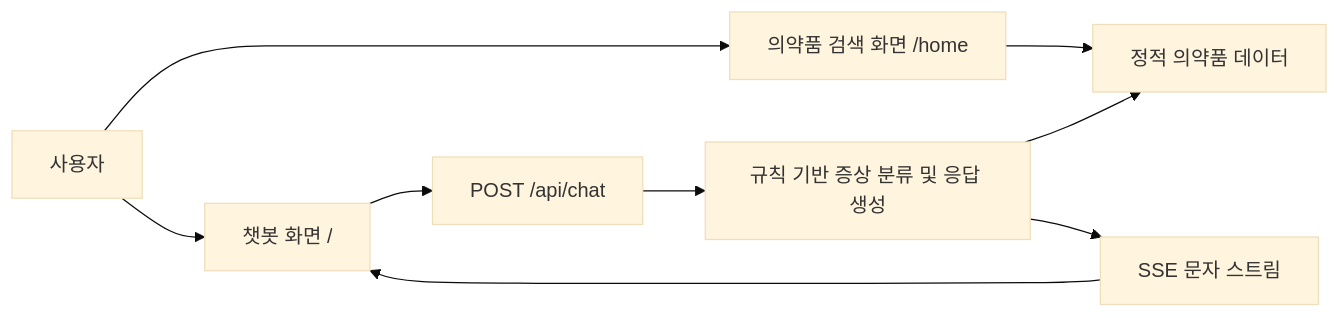
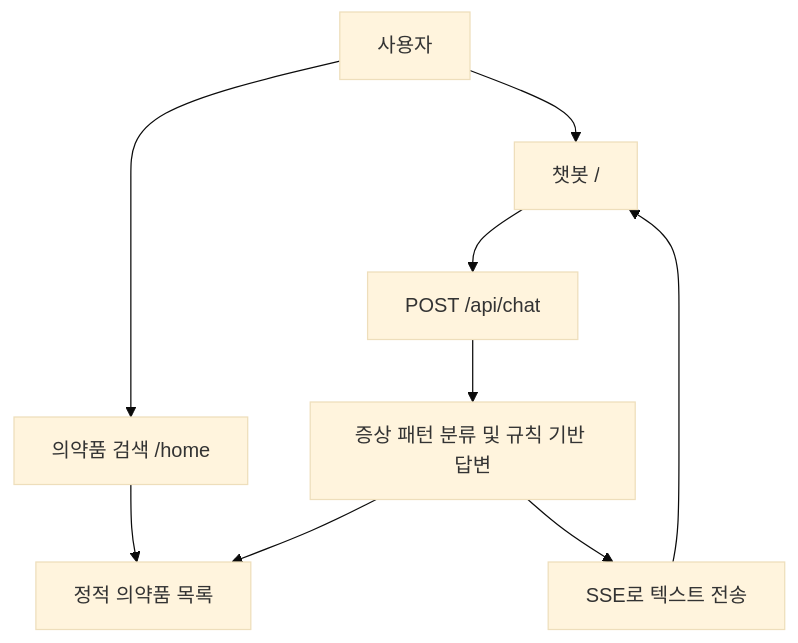
The diagram in README.md (hahyeong12/clone-chat-gpt-cursor), drawn with Mermaid (base theme) before and after one commit. The commit also changed other lines of this file, not shown here.

````diff
--- a/README.md
+++ b/README.md
@@ -42,11 +46,11 @@
 ```mermaid
-flowchart LR
-    U[사용자] --> S[의약품 검색 화면 /home]
-    U --> C[챗봇 화면 /]
-    S --> D[정적 의약품 데이터]
-    C --> A[POST /api/chat]
-    A --> R[규칙 기반 증상 분류 및 응답 생성]
+flowchart TD
+    U[사용자] --> S[의약품 검색 /home]
+    U --> C[챗봇 /]
+    S --> D[정적 의약품 목록]
+    C --> API[POST /api/chat]
+    API --> R[증상 패턴 분류 및 규칙 기반 답변]
     R --> D
-    R --> T[SSE 문자 스트림]
-    T --> C
+    R --> SSE[SSE로 텍스트 전송]
+    SSE --> C
 ```
````
